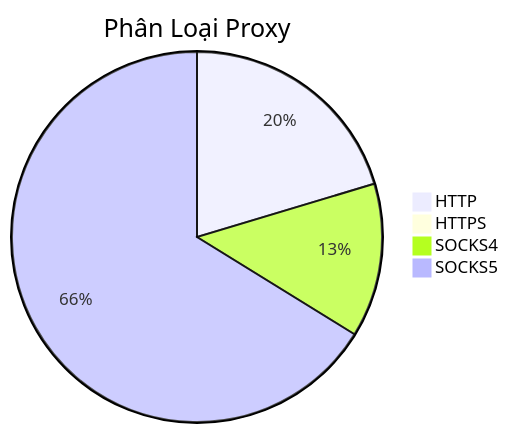
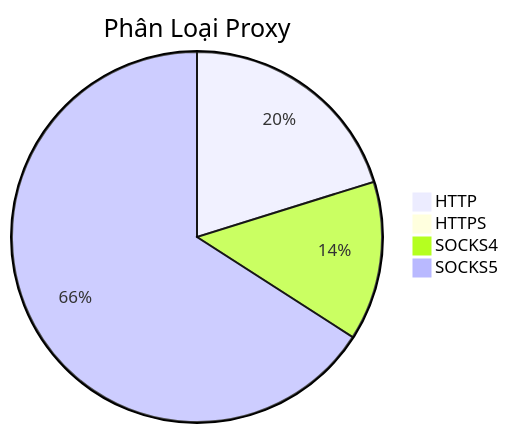
The diagram in README.md (Ciara-12/PROXY-free), drawn with Mermaid before and after one commit. The commit also changed other lines of this file and 4 other files, not shown here.

````diff
--- a/README.md
+++ b/README.md
@@ -26,7 +26,7 @@
 ```mermaid
 pie title Phân Loại Proxy
-    "HTTP" : 401
-    "HTTPS" : 1
-    "SOCKS4" : 265
-    "SOCKS5" : 1304
+    "HTTP" : 363
+    "HTTPS" : 0
+    "SOCKS4" : 250
+    "SOCKS5" : 1185
 ```
````
